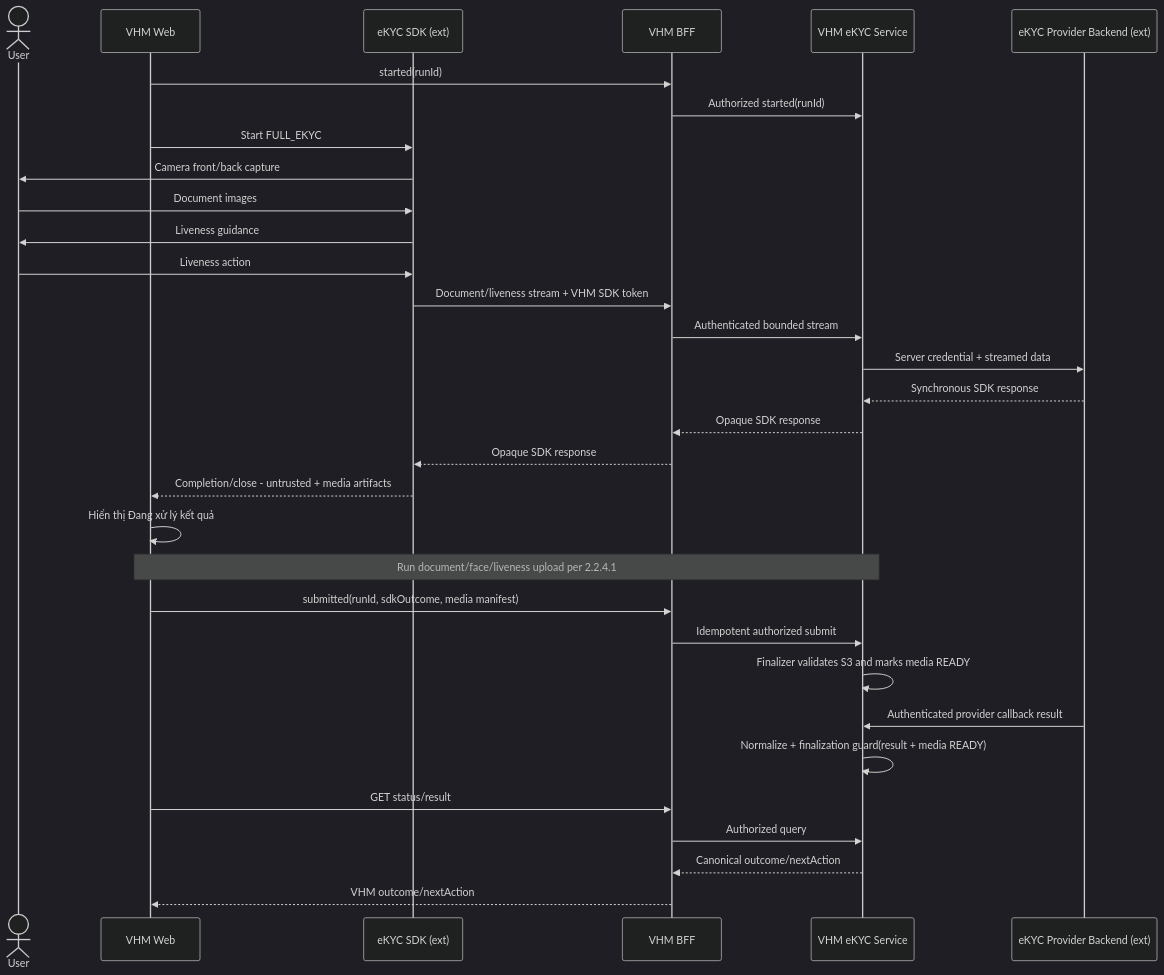
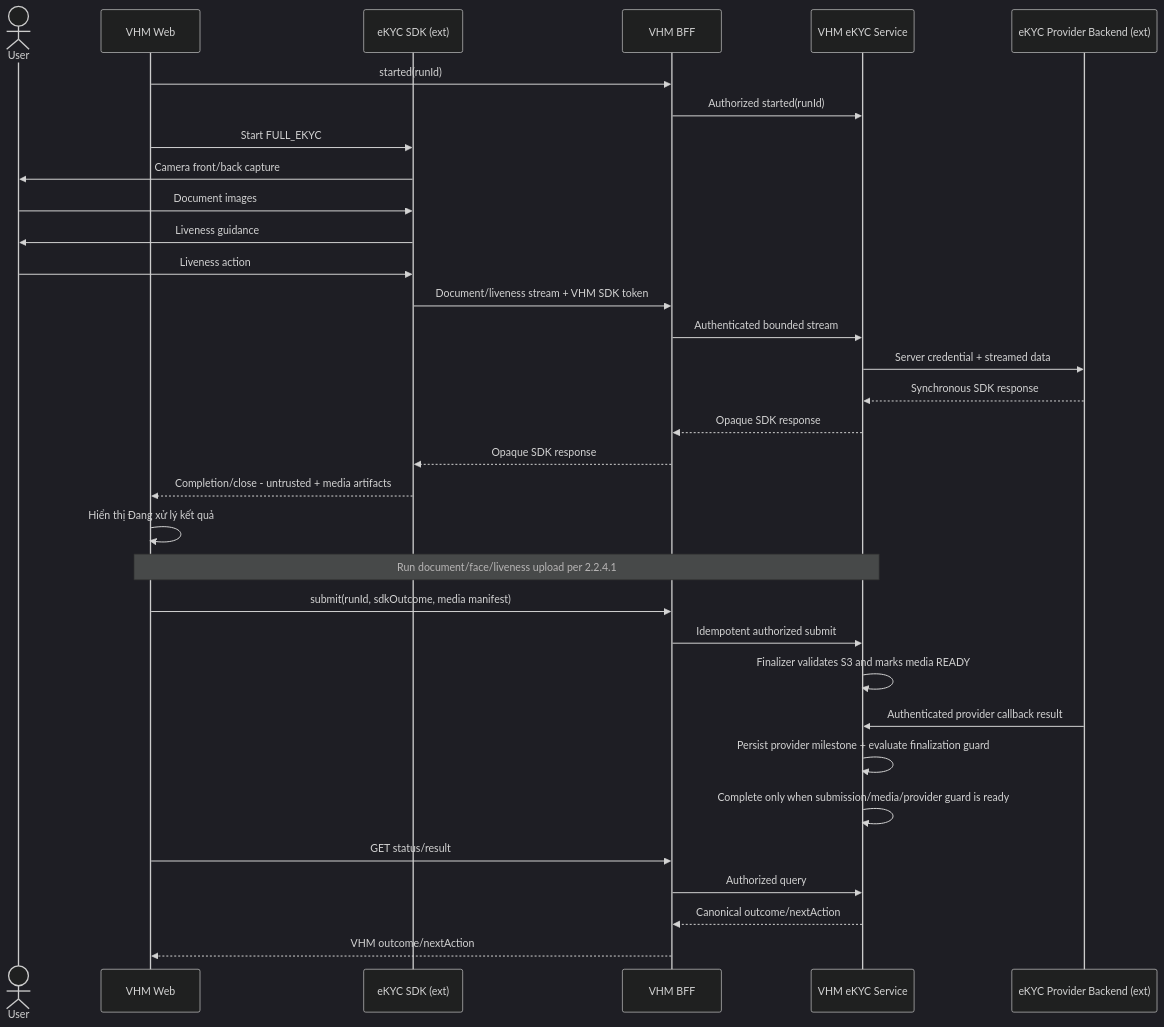
One commit to huynv-xyz/vhm changed diagram 14 of 19 in tdd2.md. Above: the diagram before and after it, drawn with Mermaid (dark theme). The commit also changed other lines of this file, not shown here.

````diff
--- a/tdd2.md
+++ b/tdd2.md
@@ -1257,34 +1249,35 @@
 ```mermaid
 sequenceDiagram
     actor User
     participant WEB as VHM Web
     participant SDK as eKYC SDK (ext)
     participant BFF as VHM BFF
     participant EKYC_SERVICE as VHM eKYC Service
     participant BACKEND as eKYC Provider Backend (ext)
     WEB->>BFF: started(runId)
     BFF->>EKYC_SERVICE: Authorized started(runId)
     WEB->>SDK: Start FULL_EKYC
     SDK->>User: Camera front/back capture
     User->>SDK: Document images
     SDK->>User: Liveness guidance
     User->>SDK: Liveness action
     SDK->>BFF: Document/liveness stream + VHM SDK token
     BFF->>EKYC_SERVICE: Authenticated bounded stream
     EKYC_SERVICE->>BACKEND: Server credential + streamed data
     BACKEND-->>EKYC_SERVICE: Synchronous SDK response
     EKYC_SERVICE-->>BFF: Opaque SDK response
     BFF-->>SDK: Opaque SDK response
     SDK-->>WEB: Completion/close - untrusted + media artifacts
     WEB->>WEB: Hiển thị Đang xử lý kết quả
     Note over WEB,EKYC_SERVICE: Run document/face/liveness upload per 2.2.4.1
-    WEB->>BFF: submitted(runId, sdkOutcome, media manifest)
+    WEB->>BFF: submit(runId, sdkOutcome, media manifest)
     BFF->>EKYC_SERVICE: Idempotent authorized submit
     EKYC_SERVICE->>EKYC_SERVICE: Finalizer validates S3 and marks media READY
     BACKEND->>EKYC_SERVICE: Authenticated provider callback result
-    EKYC_SERVICE->>EKYC_SERVICE: Normalize + finalization guard(result + media READY)
+    EKYC_SERVICE->>EKYC_SERVICE: Persist provider milestone + evaluate finalization guard
+    EKYC_SERVICE->>EKYC_SERVICE: Complete only when submission/media/provider guard is ready
     WEB->>BFF: GET status/result
     BFF->>EKYC_SERVICE: Authorized query
     EKYC_SERVICE-->>BFF: Canonical outcome/nextAction
     BFF-->>WEB: VHM outcome/nextAction
 ```
````
